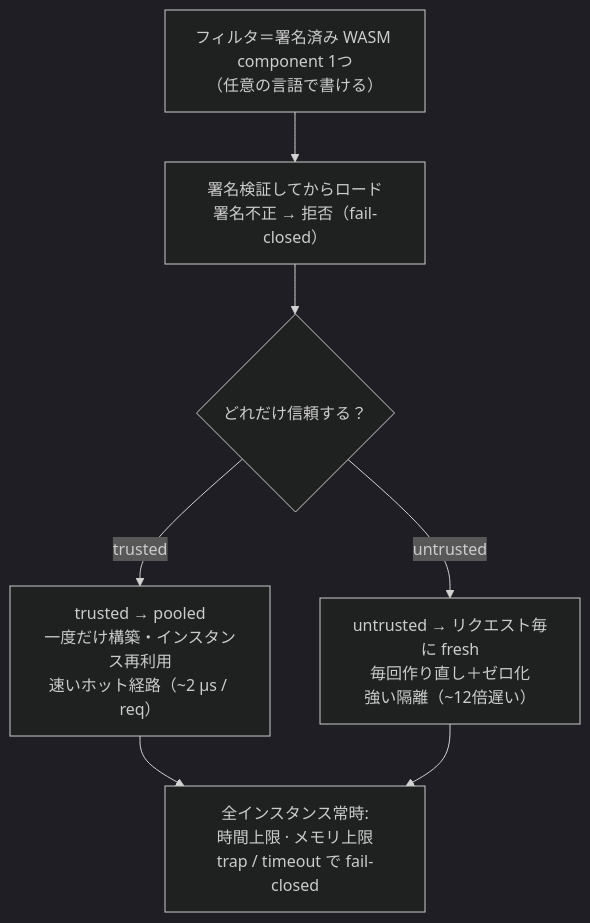
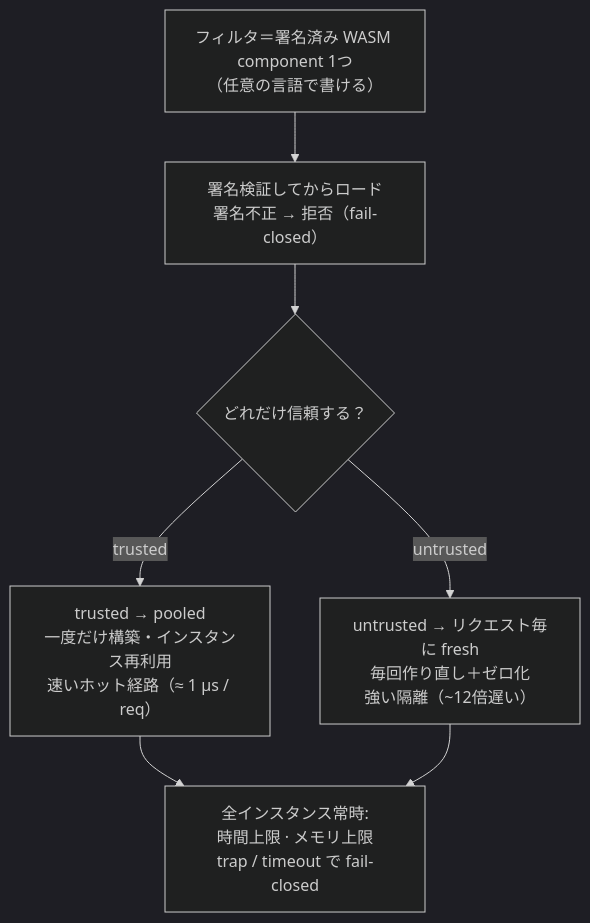
Before and after one commit to Kaikei-e/PlectoProxy: the second of 2 diagrams in README.ja.md, drawn with Mermaid (dark theme). The commit also changed other lines of this file and 18 other files, not shown here.

````diff
--- a/README.ja.md
+++ b/README.ja.md
@@ -98,17 +98,17 @@
 ```mermaid
 flowchart TB
     wasm["フィルタ＝署名済み WASM component 1つ<br/>（任意の言語で書ける）"]
     verify["署名検証してからロード<br/>署名不正 → 拒否（fail-closed）"]
     profile{"どれだけ信頼する？"}
 
-    pooled["trusted → pooled<br/>一度だけ構築・インスタンス再利用<br/>速いホット経路（~2 µs / req）"]
+    pooled["trusted → pooled<br/>一度だけ構築・インスタンス再利用<br/>速いホット経路（≈ 1 µs / req）"]
     fresh["untrusted → リクエスト毎に fresh<br/>毎回作り直し＋ゼロ化<br/>強い隔離（~12倍遅い）"]
 
     guards["全インスタンス常時:<br/>時間上限 · メモリ上限<br/>trap / timeout で fail-closed"]
 
     wasm --> verify --> profile
     profile -->|trusted| pooled
     profile -->|untrusted| fresh
     pooled --> guards
     fresh --> guards
 ```
````
